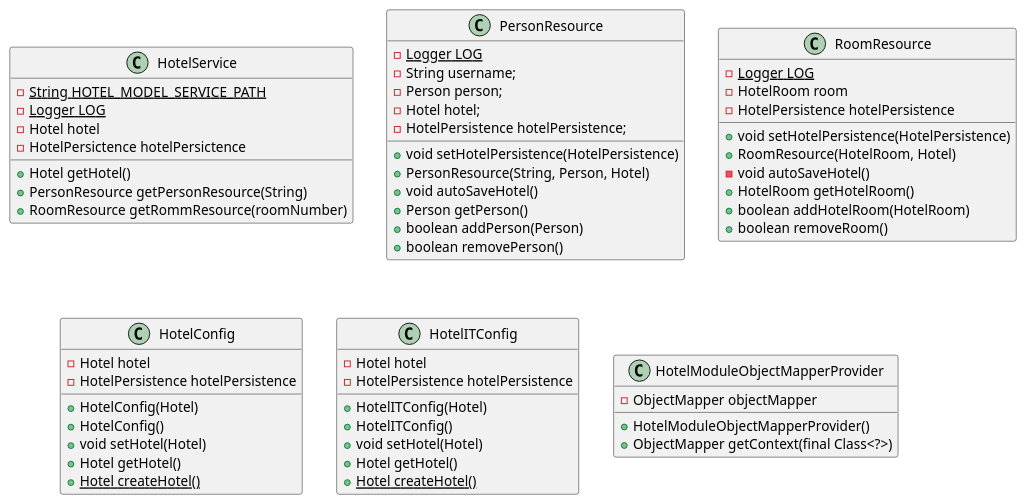
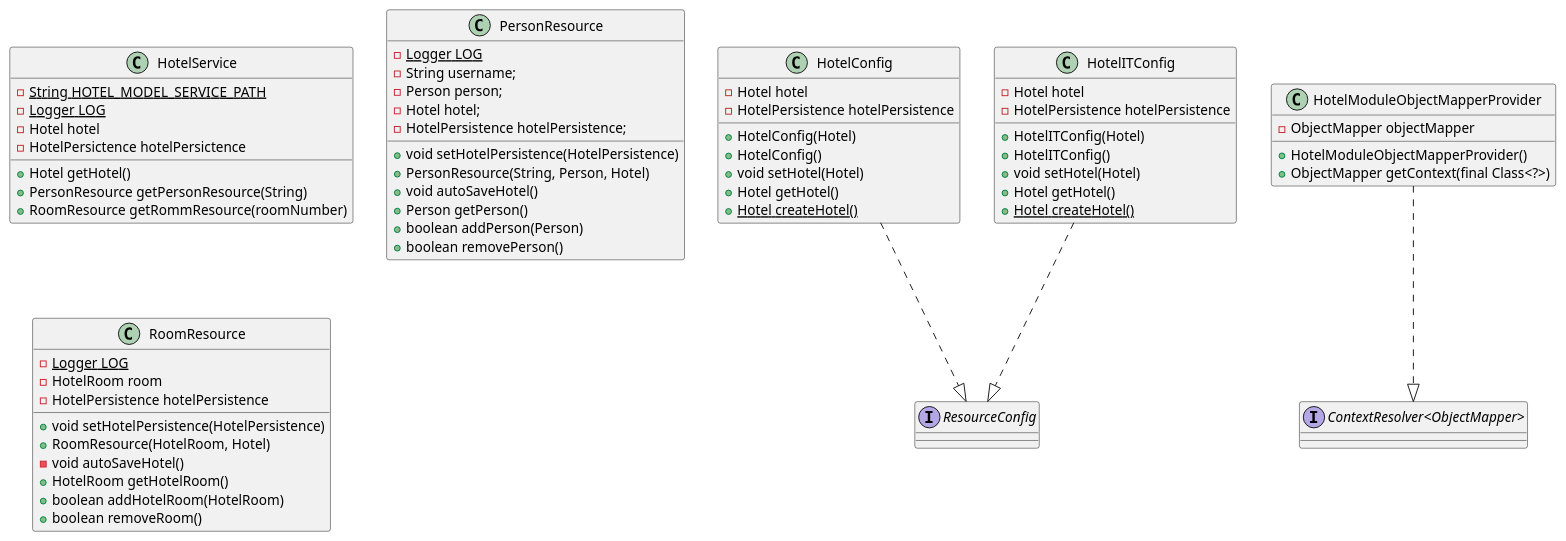
One commit to erlendps/IT1901---HotelSys changed the diagram in docs/modules/RESTservice.md. Above: the diagram before and after it, drawn with PlantUML.

Commit message:
#142 Added implent in some classes, class diagram

````diff
--- a/docs/modules/RESTservice.md
+++ b/docs/modules/RESTservice.md
@@ -1,73 +1,82 @@
 ```plantuml
 @startuml
 
 class HotelService {
     - {static} String HOTEL_MODEL_SERVICE_PATH
     - {static} Logger LOG
     - Hotel hotel
     - HotelPersictence hotelPersictence 
 
     + Hotel getHotel()
     + PersonResource getPersonResource(String)
     + RoomResource getRommResource(roomNumber)
 }
 
 class PersonResource {
     - {static} Logger LOG 
     - String username;
     - Person person;
     - Hotel hotel;
     - HotelPersistence hotelPersistence;
 
     + void setHotelPersistence(HotelPersistence)
     + PersonResource(String, Person, Hotel)
     + void autoSaveHotel() 
     + Person getPerson()
     + boolean addPerson(Person) 
     + boolean removePerson()
 }
 
 class RoomResource{
     - {static} Logger LOG
     - HotelRoom room
     - HotelPersistence hotelPersistence
 
     + void setHotelPersistence(HotelPersistence)
     + RoomResource(HotelRoom, Hotel)
     - void autoSaveHotel()
     + HotelRoom getHotelRoom()
     + boolean addHotelRoom(HotelRoom)
     + boolean removeRoom()
 }
 
 class HotelConfig{
     - Hotel hotel
     - HotelPersistence hotelPersistence
     
     + HotelConfig(Hotel)
     + HotelConfig() 
     + void setHotel(Hotel)
     + Hotel getHotel()
     + {static} Hotel createHotel()
 }
 
 class HotelITConfig{
     - Hotel hotel
     - HotelPersistence hotelPersistence
 
     + HotelITConfig(Hotel)
     + HotelITConfig()
     + void setHotel(Hotel)
     + Hotel getHotel()
     + {static} Hotel createHotel()
 }
 
 class HotelModuleObjectMapperProvider{
     - ObjectMapper objectMapper
     + HotelModuleObjectMapperProvider()
     + ObjectMapper getContext(final Class<?>)
 }
 
+interface "ResourceConfig"{
+}
+
+interface "ContextResolver<ObjectMapper>"{ 
+}
+
+HotelConfig ..|> "ResourceConfig"
+HotelITConfig ..|> "ResourceConfig"
+HotelModuleObjectMapperProvider ..|> "ContextResolver<ObjectMapper>"
 
 @enduml
 ```
````
